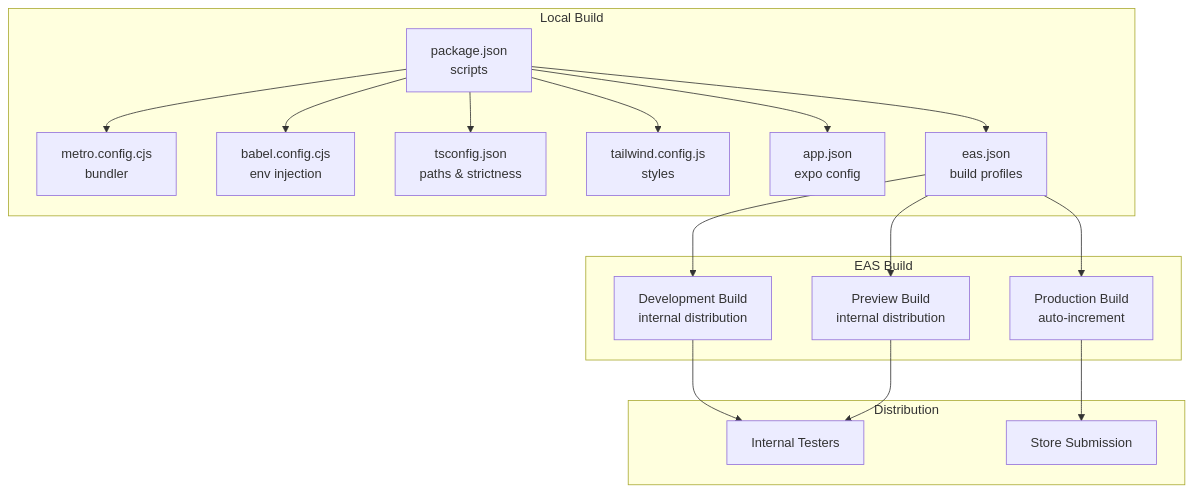
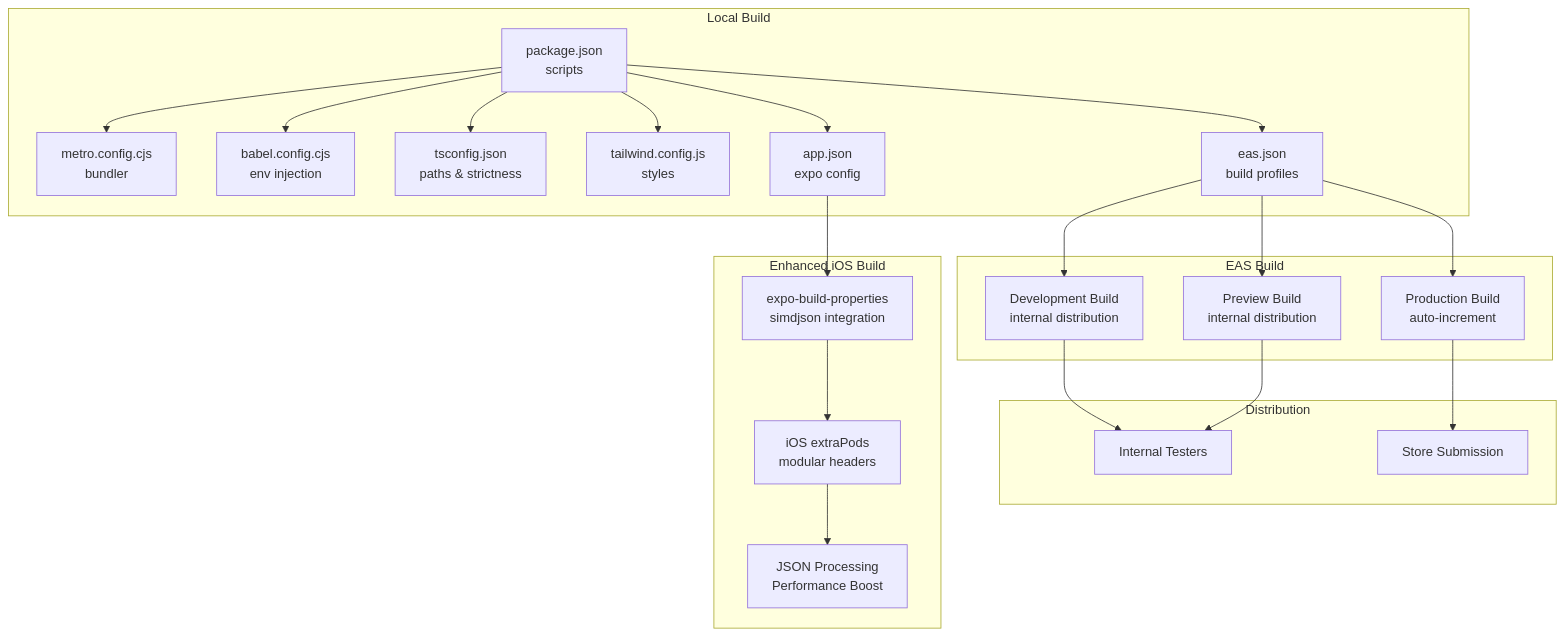
The second of 6 diagrams in .qoder/repowiki/en/content/Build and Deployment.md (karllasouzza/PowerLists), drawn with Mermaid before and after one commit. The commit also changed other lines of this file and 5 other files, not shown here.

First line of the commit message:
docs(build): update build config with iOS JSON optimization and decorators

````diff
--- a/.qoder/repowiki/en/content/Build and Deployment.md
+++ b/.qoder/repowiki/en/content/Build and Deployment.md
@@ -109,21 +124,26 @@
 ```mermaid
 graph TB
 subgraph "Local Build"
 P["package.json<br/>scripts"] --> M["metro.config.cjs<br/>bundler"]
 P --> B["babel.config.cjs<br/>env injection"]
 P --> T["tsconfig.json<br/>paths & strictness"]
 P --> W["tailwind.config.js<br/>styles"]
 P --> A["app.json<br/>expo config"]
 P --> E["eas.json<br/>build profiles"]
 end
 subgraph "EAS Build"
 E --> D["Development Build<br/>internal distribution"]
 E --> V["Preview Build<br/>internal distribution"]
 E --> R["Production Build<br/>auto-increment"]
 end
 subgraph "Distribution"
 D --> I["Internal Testers"]
 V --> I
 R --> S["Store Submission"]
 end
+subgraph "Enhanced iOS Build"
+A --> EP["expo-build-properties<br/>simdjson integration"]
+EP --> SP["iOS extraPods<br/>modular headers"]
+SP --> JP["JSON Processing<br/>Performance Boost"]
+end
 ```
````
